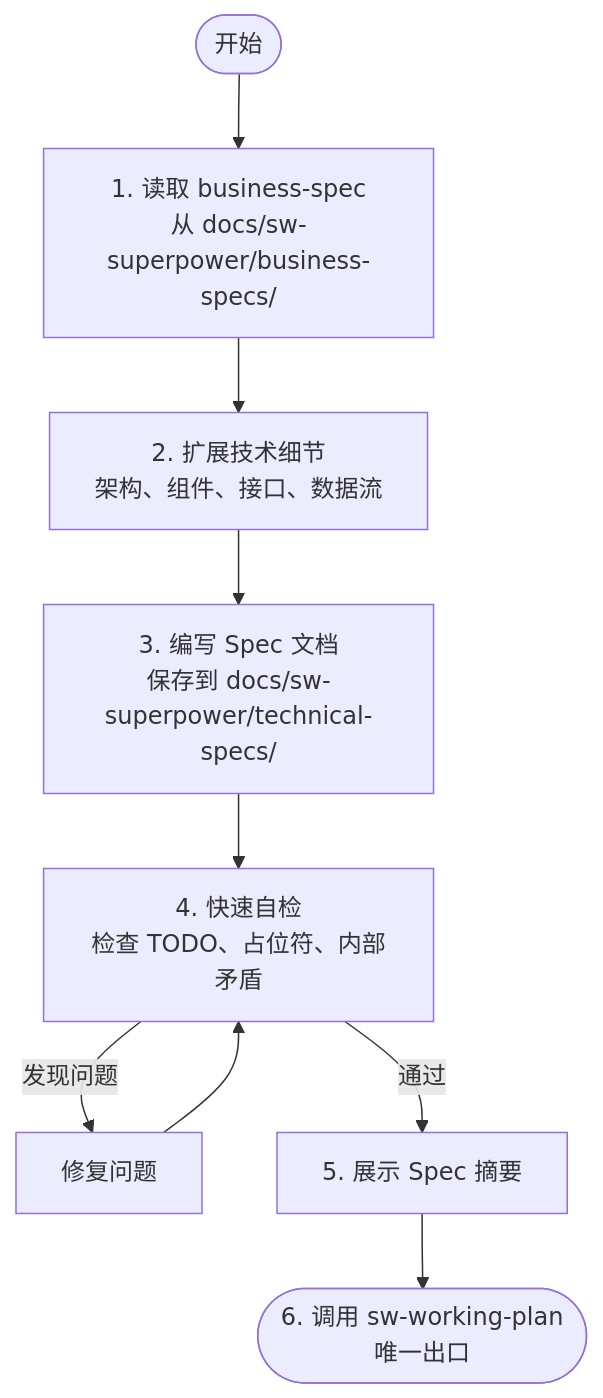
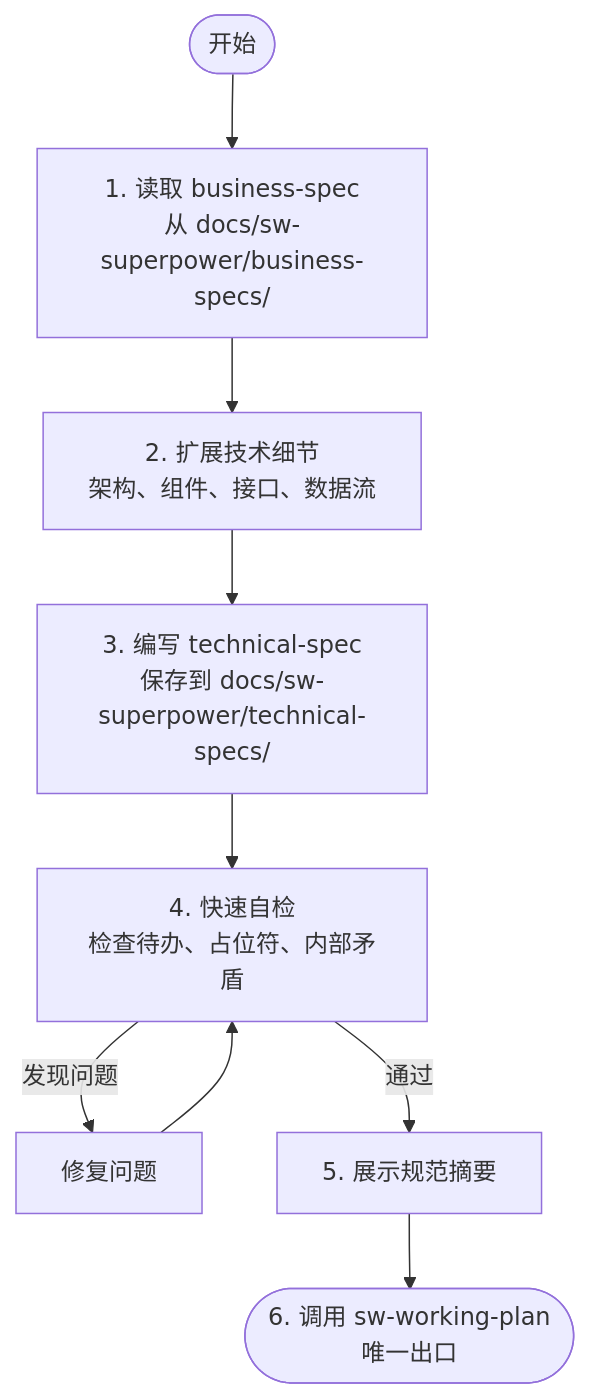
The diagram in sw-technical-spec/SKILL.md (vaycentsun/sw-agiledevelopment), drawn with Mermaid before and after one commit. The commit also changed other lines of this file and 6 other files, not shown here.

````diff
--- a/sw-technical-spec/SKILL.md
+++ b/sw-technical-spec/SKILL.md
@@ -43,11 +43,11 @@
 ```mermaid
 flowchart TD
     Start([开始]) --> ReadBusiness[1. 读取 business-spec<br/>从 docs/sw-superpower/business-specs/]
     ReadBusiness --> Expand[2. 扩展技术细节<br/>架构、组件、接口、数据流]
-    Expand --> WriteSpec[3. 编写 Spec 文档<br/>保存到 docs/sw-superpower/technical-specs/]
-    WriteSpec --> QuickReview[4. 快速自检<br/>检查 TODO、占位符、内部矛盾]
+    Expand --> WriteSpec[3. 编写 technical-spec<br/>保存到 docs/sw-superpower/technical-specs/]
+    WriteSpec --> QuickReview[4. 快速自检<br/>检查待办、占位符、内部矛盾]
     QuickReview -->|发现问题| Fix[修复问题]
     Fix --> QuickReview
-    QuickReview -->|通过| ShowSummary[5. 展示 Spec 摘要]
+    QuickReview -->|通过| ShowSummary[5. 展示规范摘要]
     ShowSummary --> InvokePlan([6. 调用 sw-working-plan<br/>唯一出口])
 ```
````
